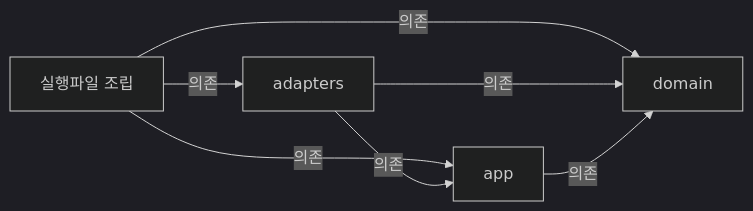
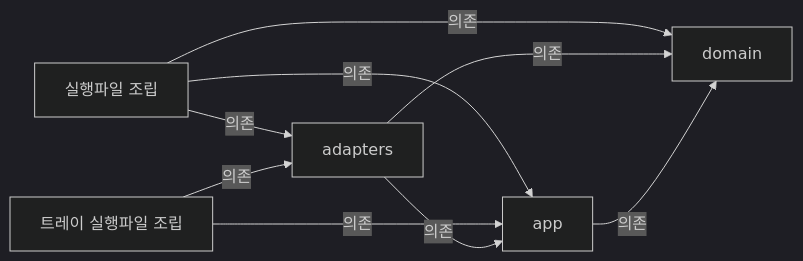
The second of 2 diagrams in docs/architectures/code-map.md (kayden-kim/vnc-relay), drawn with Mermaid (dark theme) before and after one commit. The commit also changed other lines of this file and 56 other files, not shown here.

````diff
--- a/docs/architectures/code-map.md
+++ b/docs/architectures/code-map.md
@@ -79,9 +90,11 @@
 ```mermaid
 flowchart LR
     BIN["실행파일 조립"] -->|"의존"| ADP["adapters"]
     BIN -->|"의존"| APP["app"]
     BIN -->|"의존"| DOM["domain"]
+    TRAYBIN["트레이 실행파일 조립"] -->|"의존"| ADP
+    TRAYBIN -->|"의존"| APP
     ADP -->|"의존"| APP
     ADP -->|"의존"| DOM
     APP -->|"의존"| DOM
 ```
````
